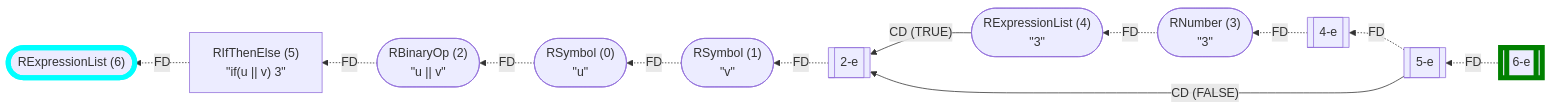
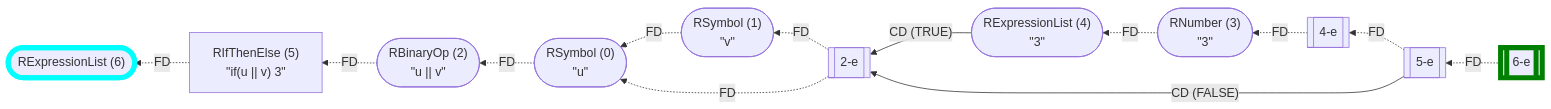
Before and after one commit to flowr-analysis/flowr: the third of 23 diagrams in wiki/Control Flow Graph.md, drawn with Mermaid. The commit also changed other lines of this file and 43 other files, not shown here.

````diff
--- a/wiki/Control Flow Graph.md
+++ b/wiki/Control Flow Graph.md
@@ -172,32 +172,33 @@
 ```mermaid
 flowchart RL
     n6(["`RExpressionList (6)`"])
     n5["`RIfThenElse (5)
 #34;if(u || v) 3#34;`"]
     n5-e[[5-e]]
     n0(["`RSymbol (0)
 #34;u#34;`"])
     n1(["`RSymbol (1)
 #34;v#34;`"])
     n2(["`RBinaryOp (2)
 #34;u || v#34;`"])
     n2-e[[2-e]]
     n4(["`RExpressionList (4)
 #34;3#34;`"])
     n3(["`RNumber (3)
 #34;3#34;`"])
     n4-e[[4-e]]
     n6-e[[6-e]]
     n5 -.->|"FD"| n6
     n1 -.->|"FD"| n0
     n0 -.->|"FD"| n2
     n2-e -.->|"FD"| n1
+    n2-e -.->|"FD"| n0
     n3 -.->|"FD"| n4
     n4-e -.->|"FD"| n3
     n4 -->|"CD (TRUE)"| n2-e
     n2 -.->|"FD"| n5
     n5-e -.->|"FD"| n4-e
     n5-e -->|"CD (FALSE)"| n2-e
     n6-e -.->|"FD"| n5-e
     style n6 stroke:cyan,stroke-width:6.5px;    style n6-e stroke:green,stroke-width:6.5px;
 ```
````
